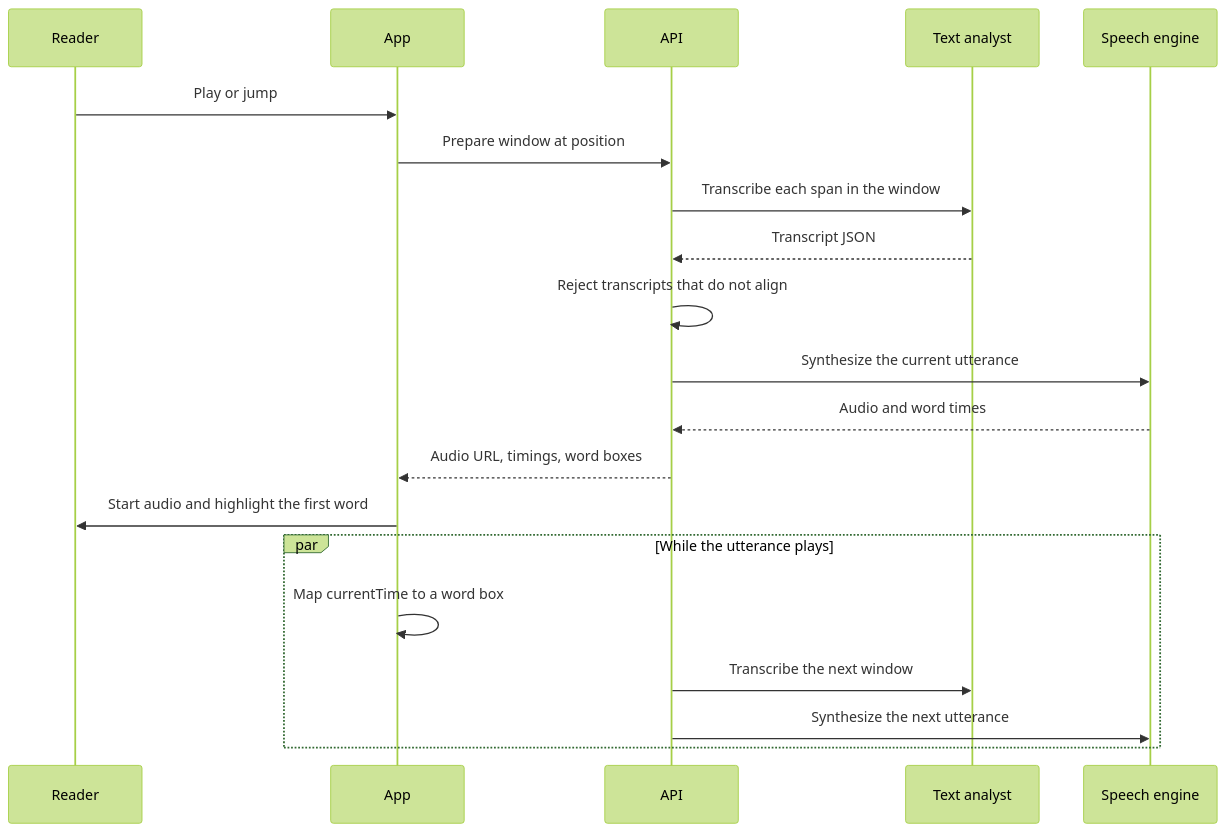
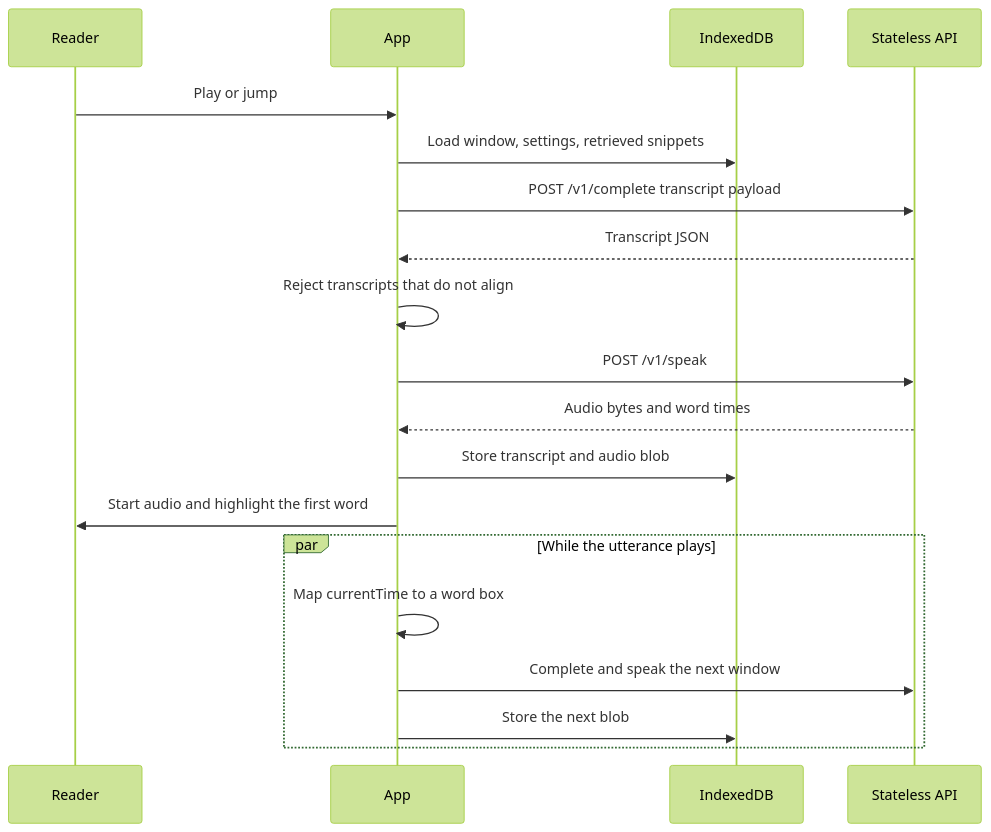
Before and after one commit to manishsharma004/open-book-reader: the fourth of 6 diagrams in specs/discussion/DESIGN.md, drawn with Mermaid (forest theme). The commit also changed other lines of this file and 1 other file, not shown here.

First line of the commit message:
Keep book data in the browser and the model API stateless.

````diff
--- a/specs/discussion/DESIGN.md
+++ b/specs/discussion/DESIGN.md
@@ -291,22 +428,21 @@
 ```mermaid
 sequenceDiagram
   participant Reader
   participant App
-  participant API
-  participant Analyst as Text analyst
-  participant Speech as Speech engine
+  participant IDB as IndexedDB
+  participant API as Stateless API
   Reader->>App: Play or jump
-  App->>API: Prepare window at position
-  API->>Analyst: Transcribe each span in the window
-  Analyst-->>API: Transcript JSON
-  API->>API: Reject transcripts that do not align
-  API->>Speech: Synthesize the current utterance
-  Speech-->>API: Audio and word times
-  API-->>App: Audio URL, timings, word boxes
+  App->>IDB: Load window, settings, retrieved snippets
+  App->>API: POST /v1/complete transcript payload
+  API-->>App: Transcript JSON
+  App->>App: Reject transcripts that do not align
+  App->>API: POST /v1/speak
+  API-->>App: Audio bytes and word times
+  App->>IDB: Store transcript and audio blob
   App->>Reader: Start audio and highlight the first word
   par While the utterance plays
     App->>App: Map currentTime to a word box
-    API->>Analyst: Transcribe the next window
-    API->>Speech: Synthesize the next utterance
+    App->>API: Complete and speak the next window
+    App->>IDB: Store the next blob
   end
 ```
````
